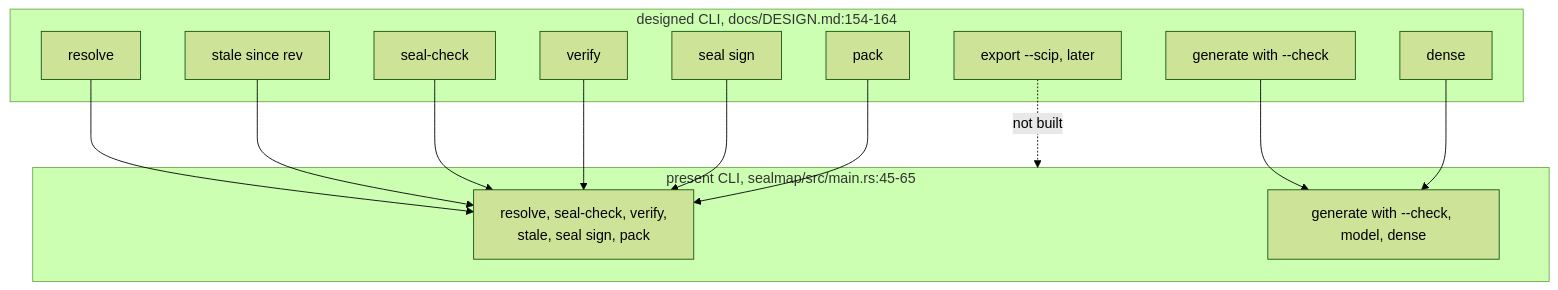
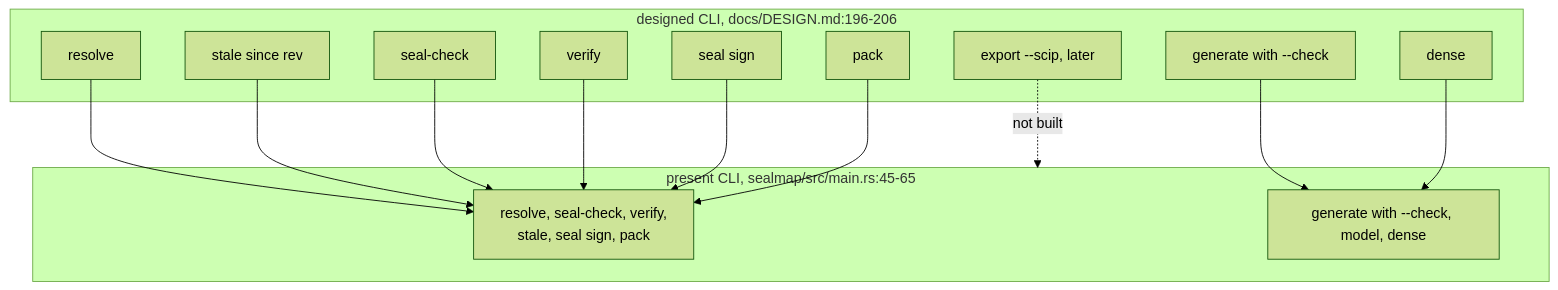
One commit to DreamLab-AI/codemaid changed the third of 6 diagrams in docs/diagrams/delivery/02-design-versus-code.md. Above: the diagram before and after it, drawn with Mermaid (forest theme). The commit also changed other lines of this file and 7 other files, not shown here.

First line of the commit message:
docs(diagrams): align DEL-01, DEL-02, COR-04, COR-06 and MOD-02 with the evidence

````diff
--- a/docs/diagrams/delivery/02-design-versus-code.md
+++ b/docs/diagrams/delivery/02-design-versus-code.md
@@ -132,27 +139,27 @@
 ```mermaid
 flowchart TB
-    subgraph PLAN["designed CLI, docs/DESIGN.md:154-164"]
+    subgraph PLAN["designed CLI, docs/DESIGN.md:196-206"]
         RS["resolve"]
         STL["stale since rev"]
         SC["seal-check"]
         VF["verify"]
         SG["seal sign"]
         GC["generate with --check"]
         DN["dense"]
         PK["pack"]
         EX["export --scip, later"]
     end
     subgraph NOW["present CLI, sealmap/src/main.rs:45-65"]
         C1["resolve, seal-check, verify,<br/>stale, seal sign, pack"]
         C2["generate with --check, model, dense"]
     end
     RS --> C1
     STL --> C1
     SC --> C1
     VF --> C1
     SG --> C1
     PK --> C1
     GC --> C2
     DN --> C2
     EX -.->|not built| NOW
 ```
````
